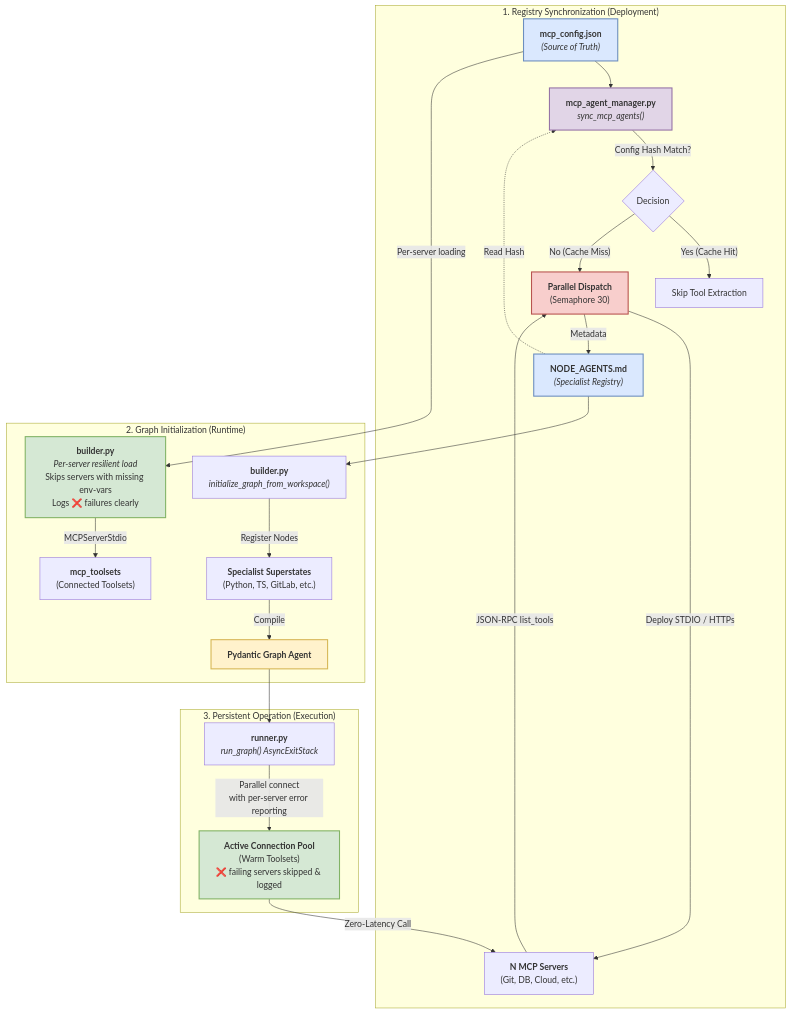
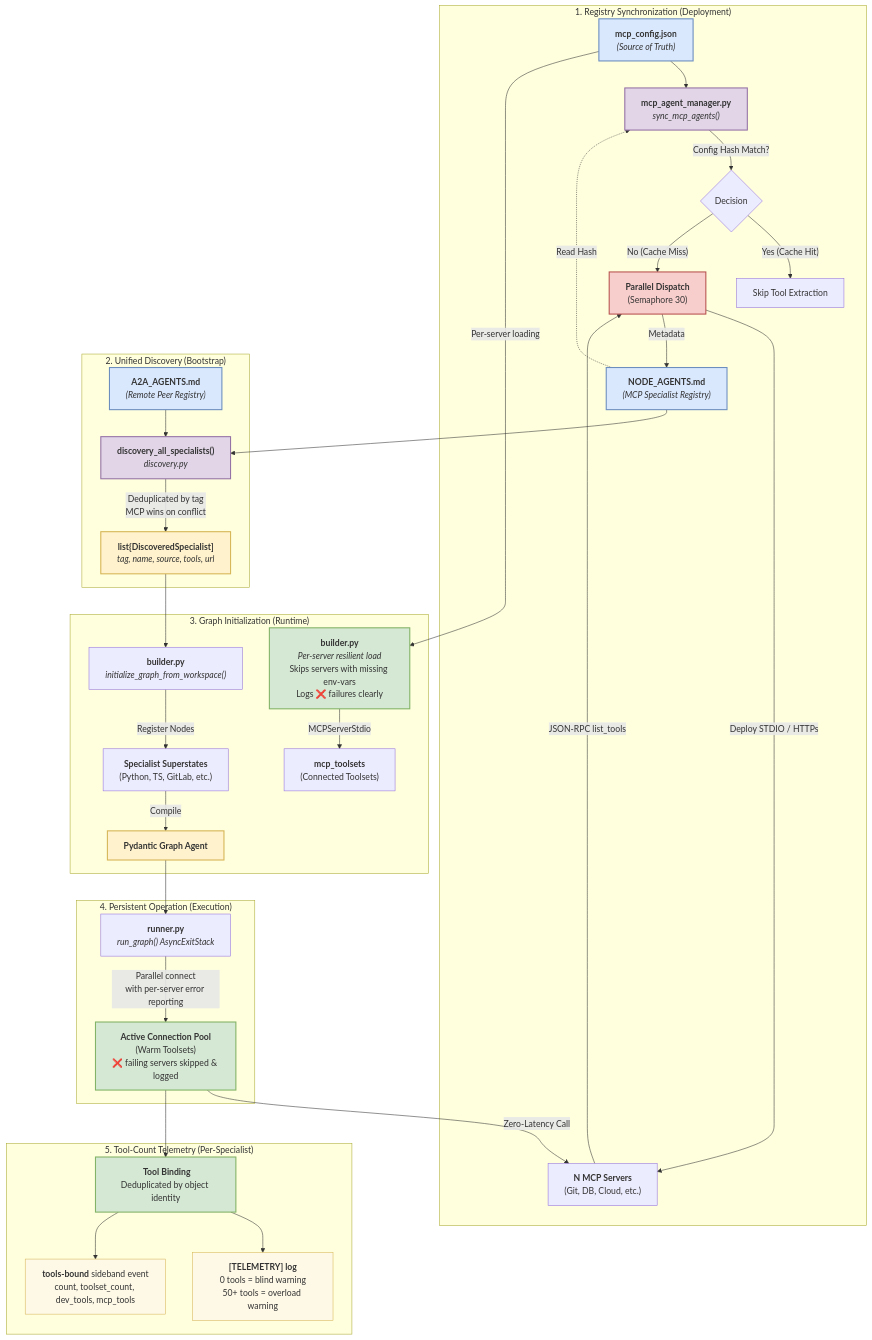
Before and after one commit to Knuckles-Team/agent-utilities: the third of 4 diagrams in AGENTS.md, drawn with Mermaid. The commit also changed other lines of this file and 40 other files, not shown here.

````diff
--- a/AGENTS.md
+++ b/AGENTS.md
@@ -125,38 +147,56 @@
 ```mermaid
 graph TD
     subgraph Registry_Phase ["1. Registry Synchronization (Deployment)"]
         Config["<b>mcp_config.json</b><br/><i>(Source of Truth)</i>"] --> Manager["<b>mcp_agent_manager.py</b><br/><i>sync_mcp_agents()</i>"]
-        Registry["<b>NODE_AGENTS.md</b><br/><i>(Specialist Registry)</i>"] -.->|Read Hash| Manager
+        Registry["<b>NODE_AGENTS.md</b><br/><i>(MCP Specialist Registry)</i>"] -.->|Read Hash| Manager
 
         Manager -->|Config Hash Match?| Branch{Decision}
         Branch -- "Yes (Cache Hit)" --> Skip["Skip Tool Extraction"]
         Branch -- "No (Cache Miss)" --> Parallel["<b>Parallel Dispatch</b><br/>(Semaphore 30)"]
 
         Parallel -->|Deploy STDIO / HTTPs| Servers["<b>N MCP Servers</b><br/>(Git, DB, Cloud, etc.)"]
         Servers -->|JSON-RPC list_tools| Parallel
         Parallel -->|Metadata| Registry
     end
 
-    subgraph Initialization_Phase ["2. Graph Initialization (Runtime)"]
+    subgraph Unified_Discovery ["2. Unified Discovery (Bootstrap)"]
+        Registry --> UAL["<b>discovery_all_specialists()</b><br/><i>discovery.py</i>"]
+        A2AReg["<b>A2A_AGENTS.md</b><br/><i>(Remote Peer Registry)</i>"] --> UAL
+        UAL -->|Deduplicated by tag<br/>MCP wins on conflict| Roster["<b>list{DiscoveredSpecialist]</b><br/><i>tag, name, source, tools, url</i>"]
+    end
+
+    subgraph Initialization_Phase ["3. Graph Initialization (Runtime)"]
         Config -->|Per-server loading| Loader["<b>builder.py</b><br/><i>Per-server resilient load</i><br/>Skips servers with missing env-vars<br/>Logs ❌ failures clearly"]
-        Registry --> Builder["<b>builder.py</b><br/><i>initialize_graph_from_workspace()</i>"]
+        Roster --> Builder["<b>builder.py</b><br/><i>initialize_graph_from_workspace()</i>"]
         Loader -->|MCPServerStdio| ToolPool["<b>mcp_toolsets</b><br/>(Connected Toolsets)"]
         Builder -->|Register Nodes| Specialists["<b>Specialist Superstates</b><br/>(Python, TS, GitLab, etc.)"]
         Specialists -->|Compile| Graph["<b>Pydantic Graph Agent</b>"]
     end
 
-    subgraph Operation_Phase ["3. Persistent Operation (Execution)"]
+    subgraph Operation_Phase ["4. Persistent Operation (Execution)"]
         Graph --> Lifespan["<b>runner.py</b><br/><i>run_graph() AsyncExitStack</i>"]
         Lifespan -->|Parallel connect<br/>with per-server error reporting| ConnPool["<b>Active Connection Pool</b><br/>(Warm Toolsets)<br/>❌ failing servers skipped & logged"]
         ConnPool -->|Zero-Latency Call| Servers
     end
 
+    subgraph Telemetry_Phase ["5. Tool-Count Telemetry (Per-Specialist)"]
+        ConnPool --> Bind["<b> Tool Binding</b><br/>Deduplicated by object identity"]
+        Bind --> TelLog["<b>[TELEMETRY] log</b><br/>0 tools = blind warning<br/>50+ tools = overload warning"]
+        Bind --> TelEvent["<b>tools-bound</b> sideband event<br/>count, toolset_count, dev_tools, mcp_tools"]
+    end
+
     %% Styling
     style Config fill:#dae8fe,stroke:#6c8ebf,stroke-width:2px
     style Registry fill:#dae8fe,stroke:#6c8ebf,stroke-width:2px
+    style A2AReg fill:#dae8fe,stroke:#6c8ebf,stroke-width:2px
     style Manager fill:#e1d5e7,stroke:#9673a6,stroke-width:2px
     style Parallel fill:#f8cecc,stroke:#b85450,stroke-width:2px
     style ConnPool fill:#d5e8d4,stroke:#82b366,stroke-width:2px
     style Graph fill:#fff2cc,stroke:#d6b656,stroke-width:2px
     style Loader fill:#d5e8d4,stroke:#82b366,stroke-width:2px
+    style UAL fill:#e1d5e7,stroke:#9673a6,stroke-width:2px
+    style Roster fill:#fff2cc,stroke:#d6b656,stroke-width:2px
+    style Bind fill:#d5e8d4,stroke:#82b366,stroke-width:2px
+    style TelLog fill:#fef9e7,stroke:#d6b656,stroke-width:1px
+    style TelEvent fill:#fef9e7,stroke:#d6b656,stroke-width:1px
 ```
````
